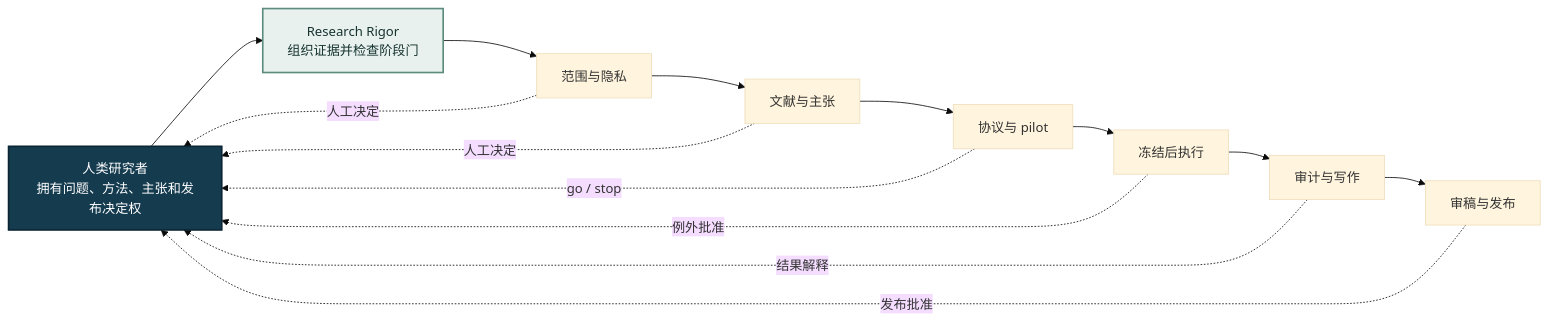
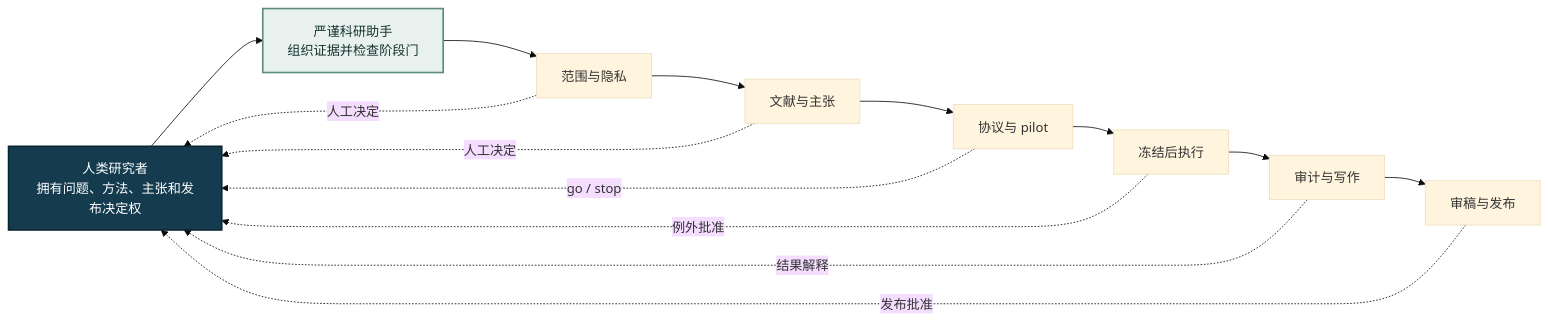
The diagram in README.zh-CN.md (bsq415/research-rigor-skill), drawn with Mermaid (base theme) before and after one commit. The commit also changed other lines of this file and 7 other files, not shown here.

````diff
--- a/README.zh-CN.md
+++ b/README.zh-CN.md
@@ -62,23 +62,23 @@
 ```mermaid
 flowchart LR
     H["人类研究者<br/>拥有问题、方法、主张和发布决定权"]:::human
-    R["Research Rigor<br/>组织证据并检查阶段门"]:::tool
+    R["严谨科研助手<br/>组织证据并检查阶段门"]:::tool
     P1["范围与隐私"]
     P2["文献与主张"]
     P3["协议与 pilot"]
     P4["冻结后执行"]
     P5["审计与写作"]
     P6["审稿与发布"]
 
     H --> R
     R --> P1 --> P2 --> P3 --> P4 --> P5 --> P6
     P1 -. 人工决定 .-> H
     P2 -. 人工决定 .-> H
     P3 -. go / stop .-> H
     P4 -. 例外批准 .-> H
     P5 -. 结果解释 .-> H
     P6 -. 发布批准 .-> H
 
     classDef human fill:#153b4f,color:#ffffff,stroke:#0b2533,stroke-width:2px;
     classDef tool fill:#e8f1ee,color:#17342f,stroke:#5d8c7f,stroke-width:2px;
 ```
````
